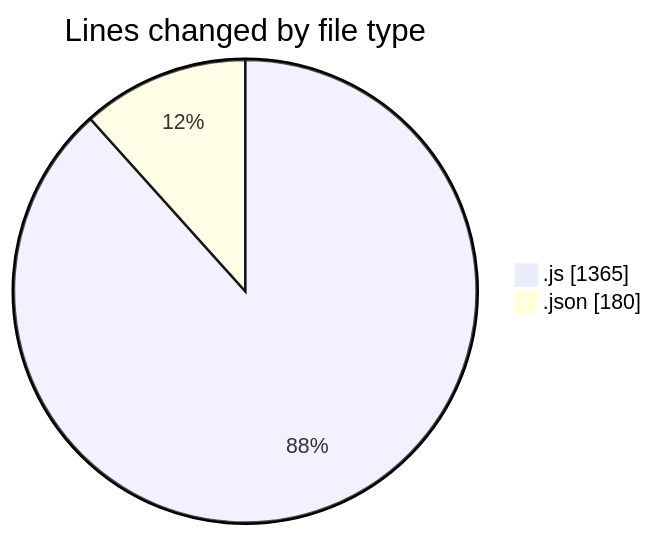
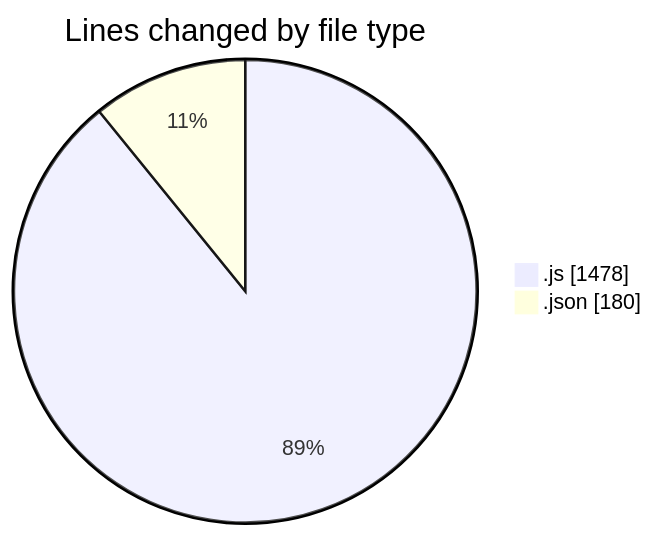
Before and after one commit to Ritupan-Deka/code-tracking: the first of 2 diagrams in 2025-08-03/javascript/README.md, drawn with Mermaid. The commit also changed other lines of this file and 1 other file, not shown here.

````diff
--- a/2025-08-03/javascript/README.md
+++ b/2025-08-03/javascript/README.md
@@ -22,6 +22,6 @@
 ```mermaid
 pie showData
 title Lines changed by file type
-".js" : 1365
+".js" : 1478
 ".json" : 180
 ```
````
